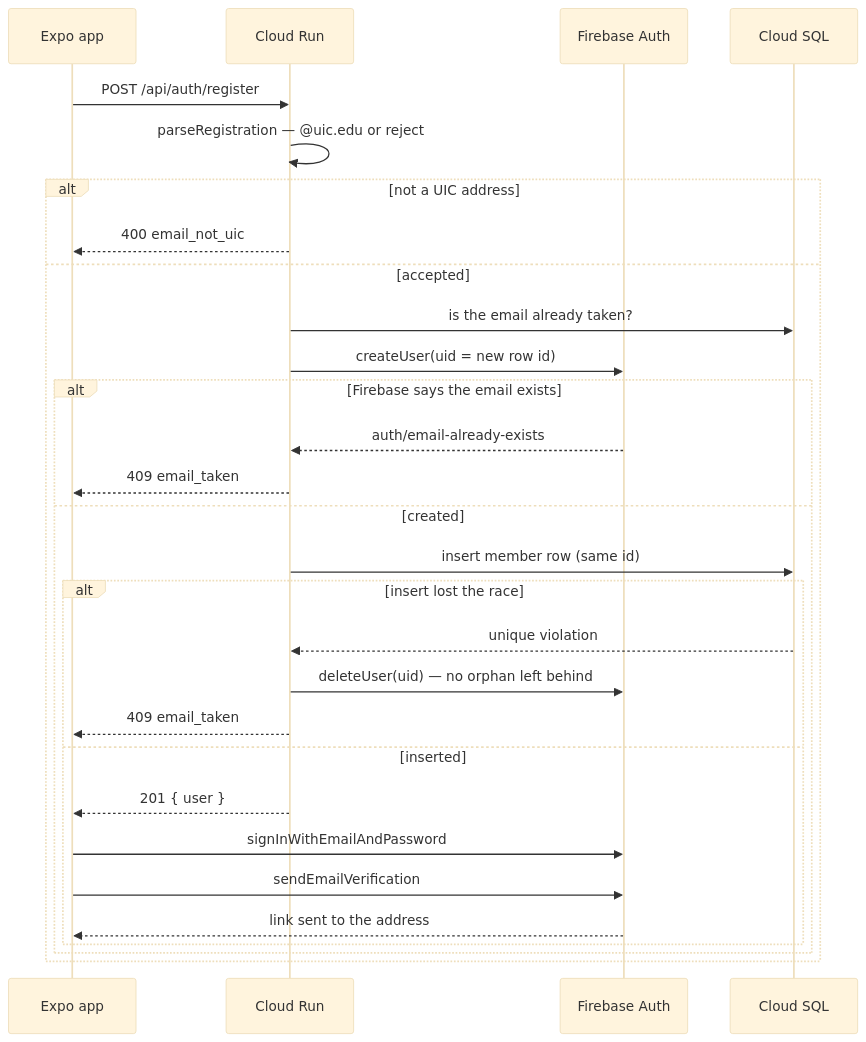
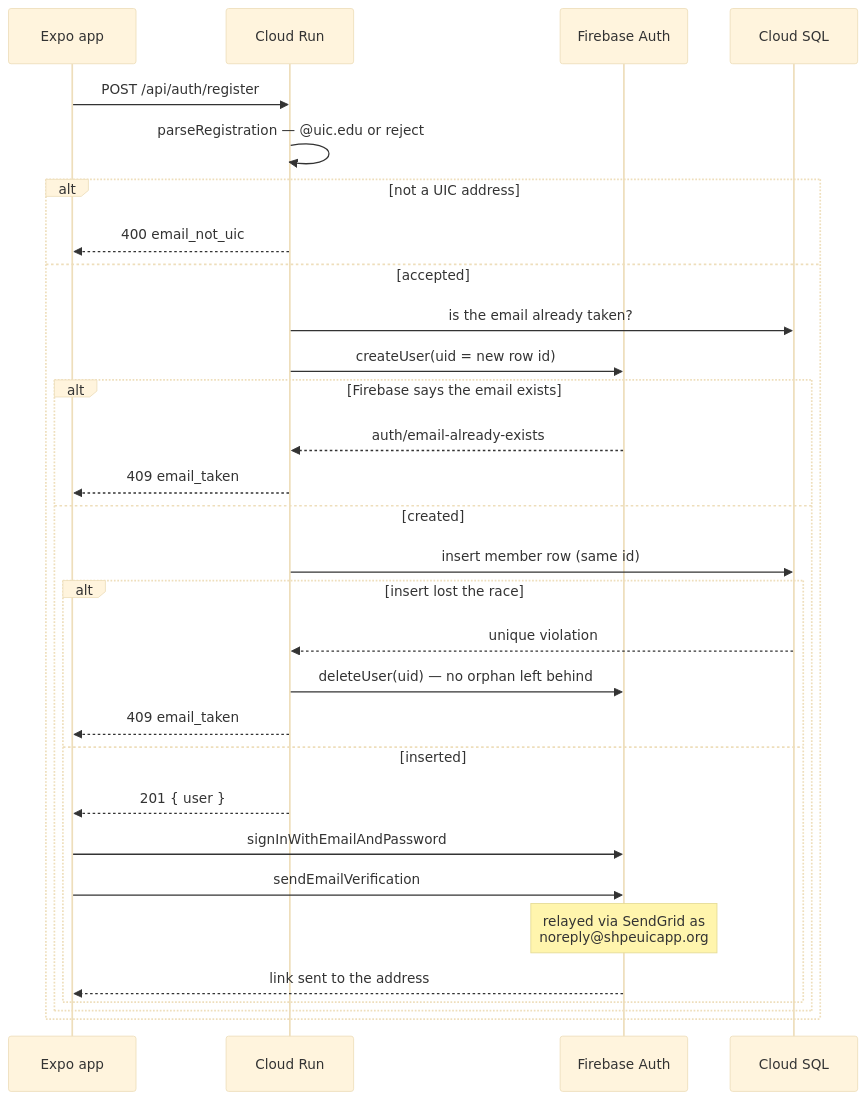
Before and after one commit to SHPE-UIC/shpe-web-app: the third of 12 diagrams in docs/ARCHITECTURE.md, drawn with Mermaid (base theme). The commit also changed other lines of this file and 6 other files, not shown here.

````diff
--- a/docs/ARCHITECTURE.md
+++ b/docs/ARCHITECTURE.md
@@ -132,33 +132,34 @@
 ```mermaid
 sequenceDiagram
     participant App as Expo app
     participant API as Cloud Run
     participant FB as Firebase Auth
     participant DB as Cloud SQL
 
     App->>API: POST /api/auth/register
     API->>API: parseRegistration — @uic.edu or reject
 
     alt not a UIC address
         API-->>App: 400 email_not_uic
     else accepted
         API->>DB: is the email already taken?
         API->>FB: createUser(uid = new row id)
         alt Firebase says the email exists
             FB-->>API: auth/email-already-exists
             API-->>App: 409 email_taken
         else created
             API->>DB: insert member row (same id)
             alt insert lost the race
                 DB-->>API: unique violation
                 API->>FB: deleteUser(uid) — no orphan left behind
                 API-->>App: 409 email_taken
             else inserted
                 API-->>App: 201 { user }
                 App->>FB: signInWithEmailAndPassword
                 App->>FB: sendEmailVerification
+                Note over FB: relayed via SendGrid as<br/>noreply@shpeuicapp.org
                 FB-->>App: link sent to the address
             end
         end
     end
 ```
````
